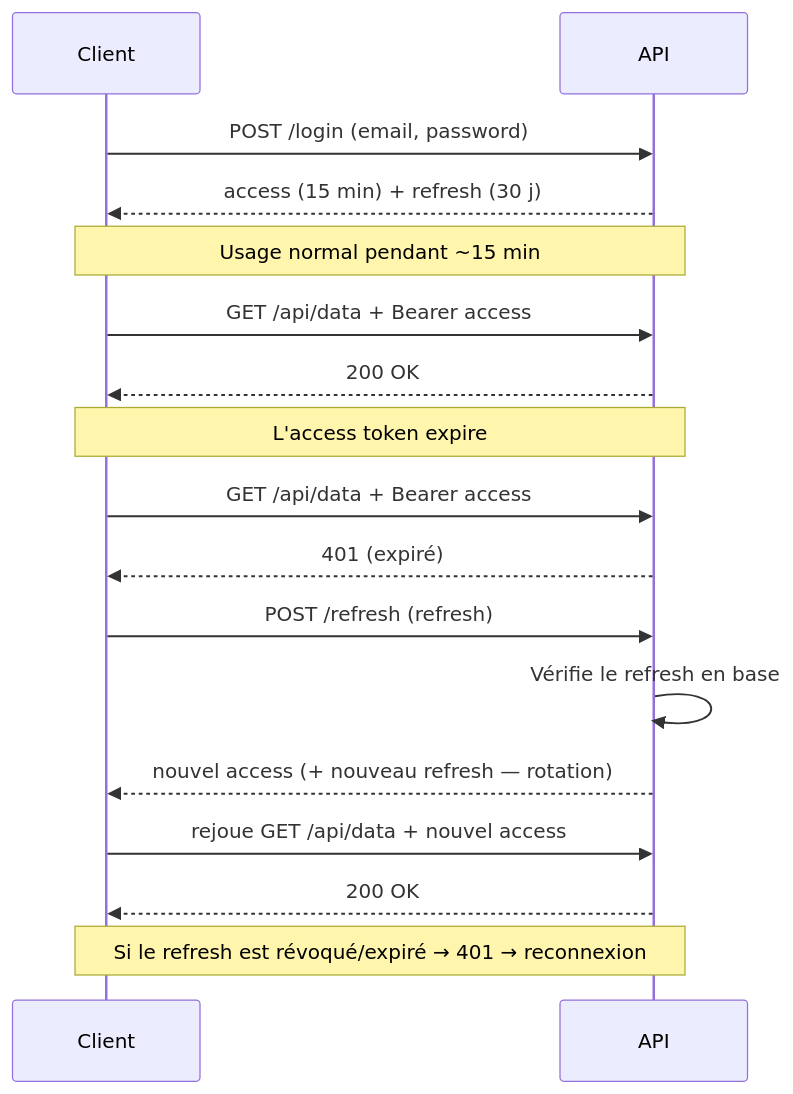
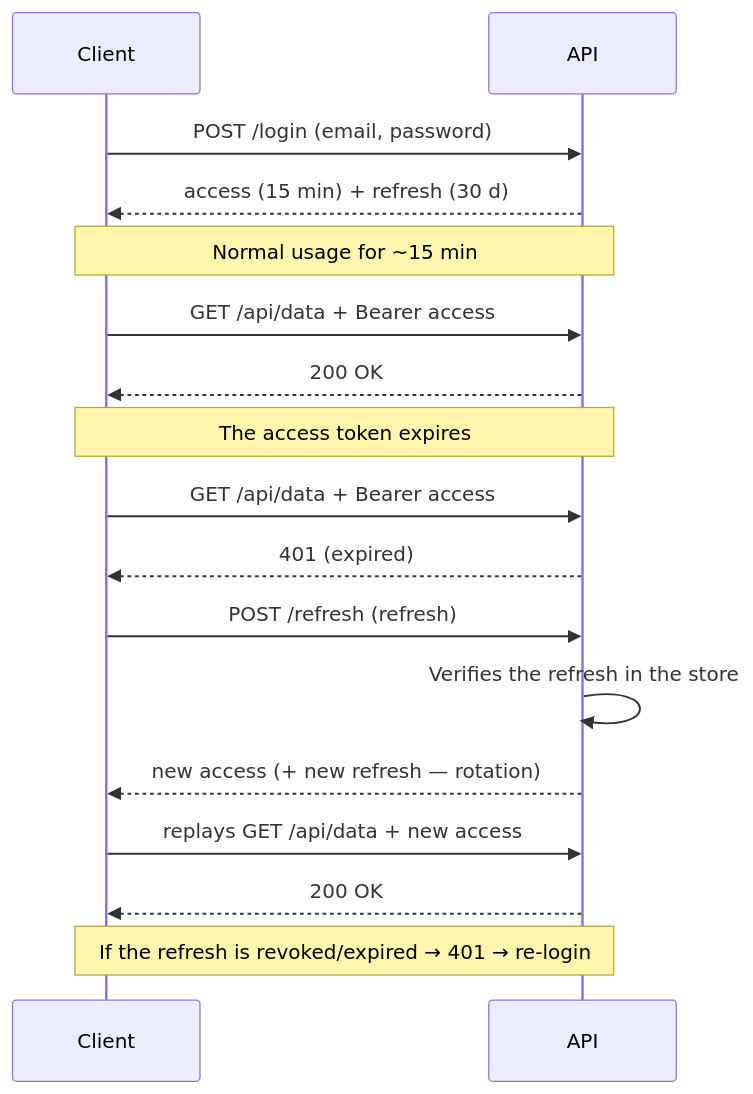
One commit to zakariaz35/objectif changed the diagram in content/jwt-hexagonal-ddd/03-oauth2/01-access-refresh.md. Above: the diagram before and after it, drawn with Mermaid. The commit also changed 40 other files, not shown here.

````diff
--- a/content/jwt-hexagonal-ddd/03-oauth2/01-access-refresh.md
+++ b/content/jwt-hexagonal-ddd/03-oauth2/01-access-refresh.md
@@ -25,19 +25,19 @@
 ```mermaid
 sequenceDiagram
     participant C as Client
     participant API as API
     C->>API: POST /login (email, password)
-    API-->>C: access (15 min) + refresh (30 j)
-    Note over C,API: Usage normal pendant ~15 min
+    API-->>C: access (15 min) + refresh (30 d)
+    Note over C,API: Normal usage for ~15 min
     C->>API: GET /api/data + Bearer access
     API-->>C: 200 OK
-    Note over C,API: L'access token expire
+    Note over C,API: The access token expires
     C->>API: GET /api/data + Bearer access
-    API-->>C: 401 (expiré)
+    API-->>C: 401 (expired)
     C->>API: POST /refresh (refresh)
-    API->>API: Vérifie le refresh en base
-    API-->>C: nouvel access (+ nouveau refresh — rotation)
-    C->>API: rejoue GET /api/data + nouvel access
+    API->>API: Verifies the refresh in the store
+    API-->>C: new access (+ new refresh — rotation)
+    C->>API: replays GET /api/data + new access
     API-->>C: 200 OK
-    Note over C,API: Si le refresh est révoqué/expiré → 401 → reconnexion
+    Note over C,API: If the refresh is revoked/expired → 401 → re-login
 ```
````
